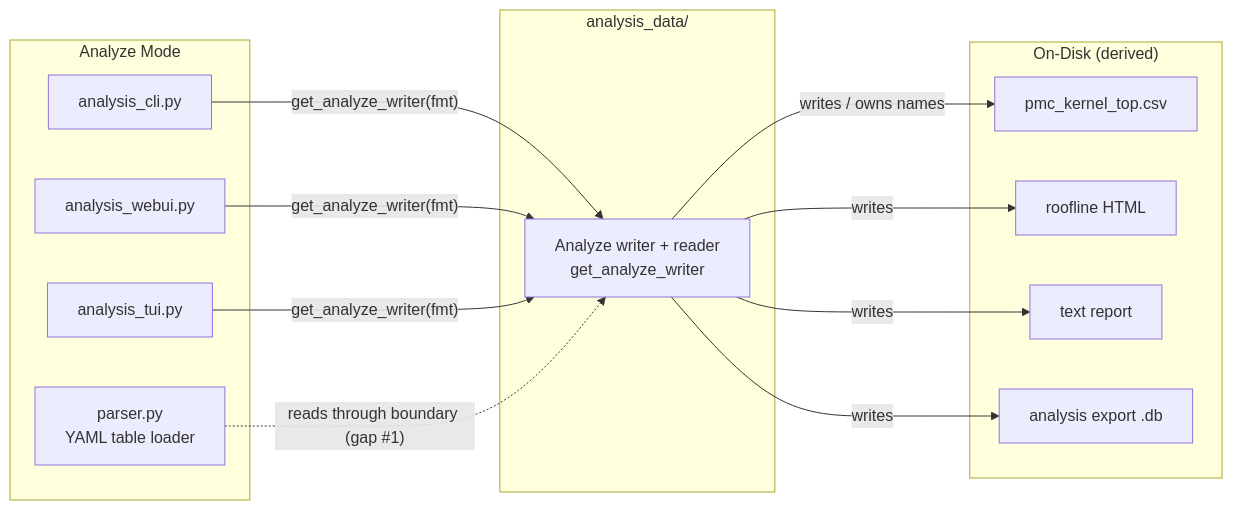
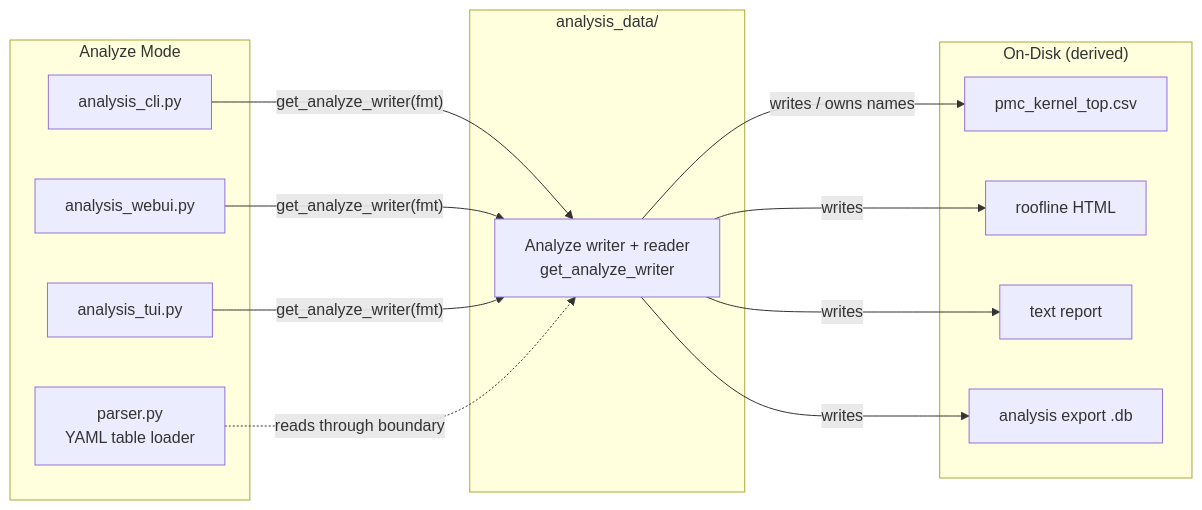
Before and after one commit to bergetbjork/rocm-systems: the eighth of 8 diagrams in projects/rocprofiler-compute/docs/design/profile_interface_architecture.md, drawn with Mermaid. The commit also changed other lines of this file, not shown here.

````diff
--- a/projects/rocprofiler-compute/docs/design/profile_interface_architecture.md
+++ b/projects/rocprofiler-compute/docs/design/profile_interface_architecture.md
@@ -393,26 +392,26 @@
 ```mermaid
 flowchart LR
     subgraph analyze["Analyze Mode"]
         cli["analysis_cli.py"]
         webui["analysis_webui.py"]
         tui["analysis_tui.py"]
         parser["parser.py<br/>YAML table loader"]
     end
     subgraph iface["analysis_data/"]
         ad["Analyze writer + reader<br/>get_analyze_writer"]
     end
     subgraph disk["On-Disk (derived)"]
         top["pmc_kernel_top.csv"]
         html["roofline HTML"]
         txt["text report"]
         exp["analysis export .db"]
     end
     cli -->|"get_analyze_writer(fmt)"| ad
     webui -->|"get_analyze_writer(fmt)"| ad
     tui -->|"get_analyze_writer(fmt)"| ad
-    parser -.->|"reads through boundary (gap #1)"| ad
+    parser -.->|"reads through boundary"| ad
     ad -->|"writes / owns names"| top
     ad -->|"writes"| html
     ad -->|"writes"| txt
     ad -->|"writes"| exp
 ```
````
